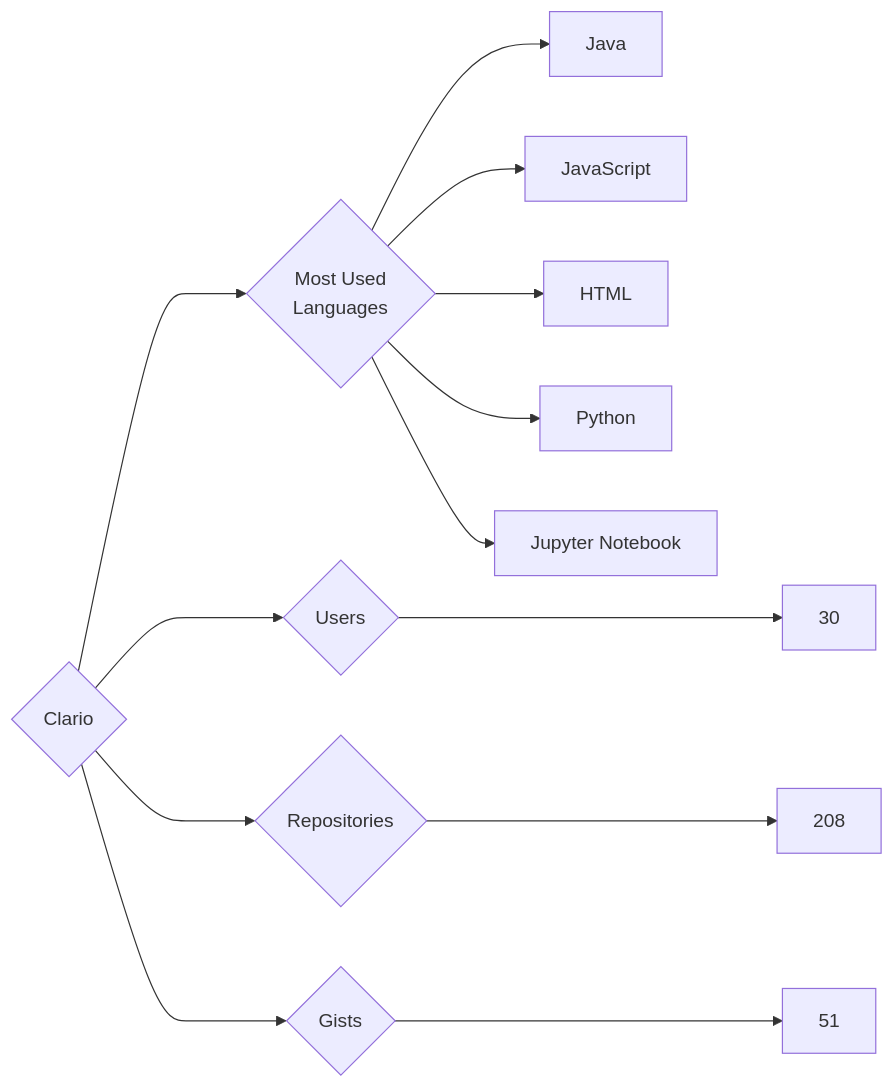
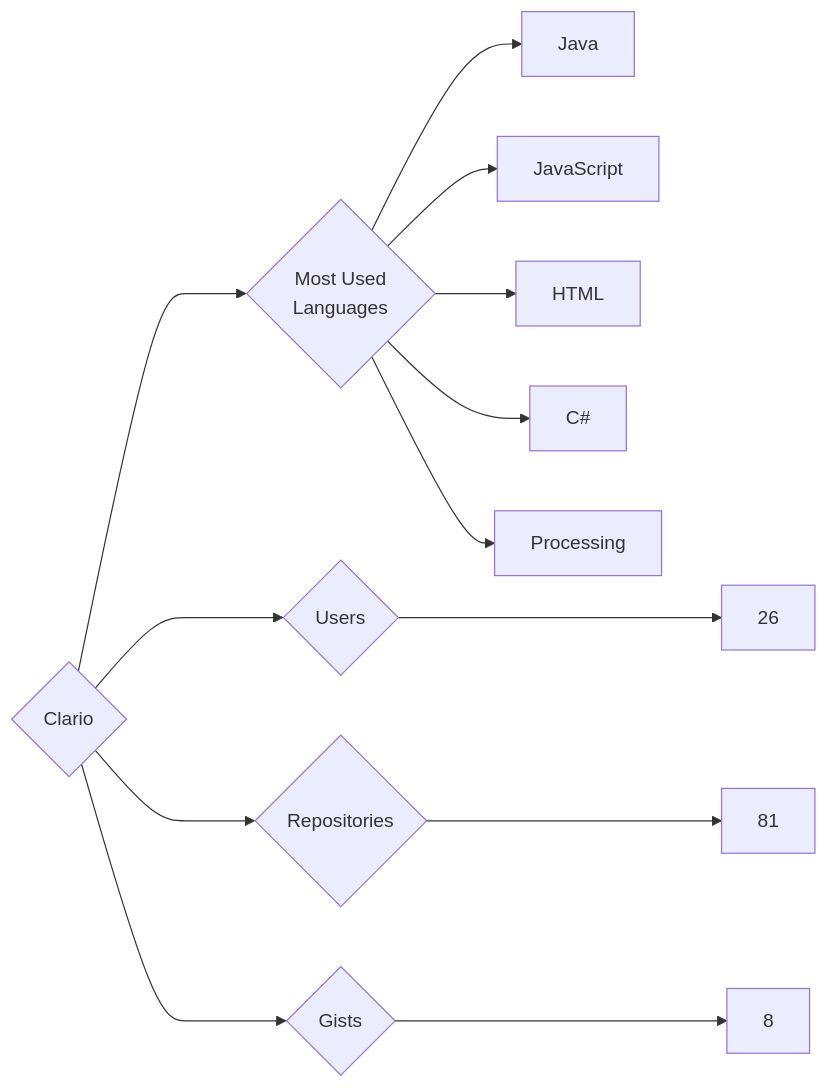
The diagram in targets/Clario/README.md (trickest/insiders), drawn with Mermaid before and after one commit. The commit also changed 845 other files, not shown here.

````diff
--- a/targets/Clario/README.md
+++ b/targets/Clario/README.md
@@ -3,13 +3,13 @@
 ```mermaid
 graph LR
 COMPANY_NAME{Clario}
-COMPANY_NAME ---> U{Users} ---> UN[30]
-COMPANY_NAME ---> R{Repositories} ---> RN[208]
-COMPANY_NAME ---> G{Gists} ---> GN[51]
+COMPANY_NAME ---> U{Users} ---> UN[26]
+COMPANY_NAME ---> R{Repositories} ---> RN[81]
+COMPANY_NAME ---> G{Gists} ---> GN[8]
 COMPANY_NAME ---> ML{Most Used<br>Languages}
 ML --> Java[Java]
 ML --> JavaScript[JavaScript]
 ML --> HTML[HTML]
-ML --> Python[Python]
-ML --> Jupyter_Notebook[Jupyter Notebook]
+ML --> C#[C#]
+ML --> Processing[Processing]
 ```
````
